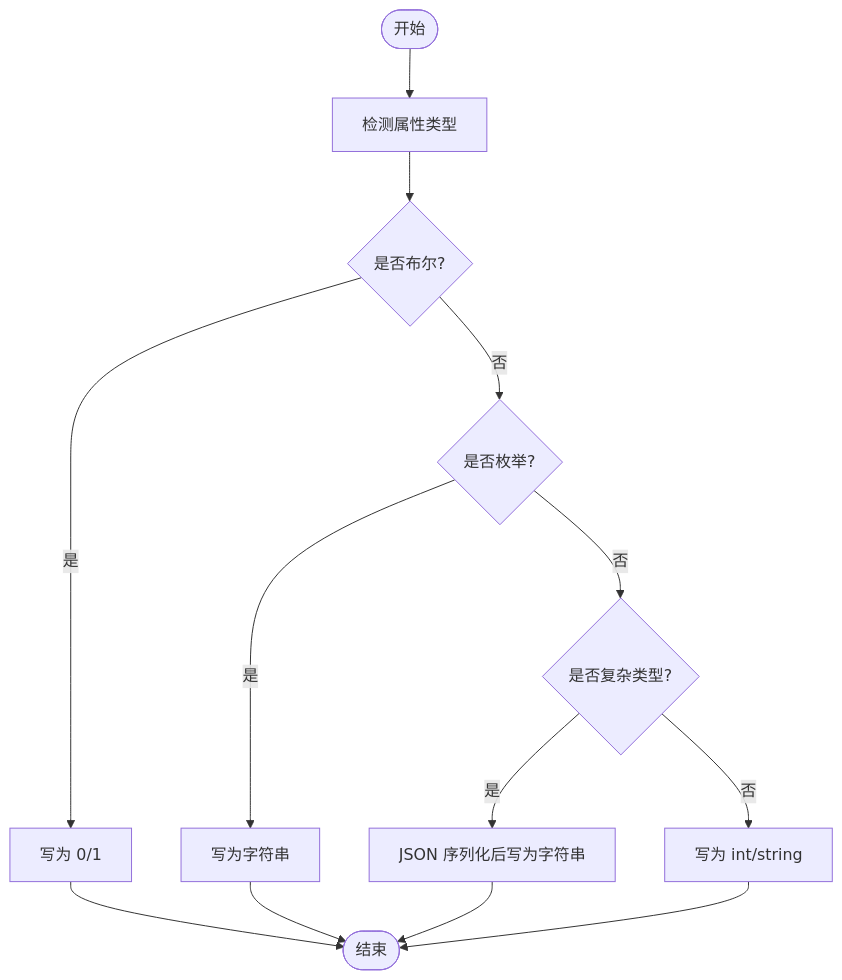
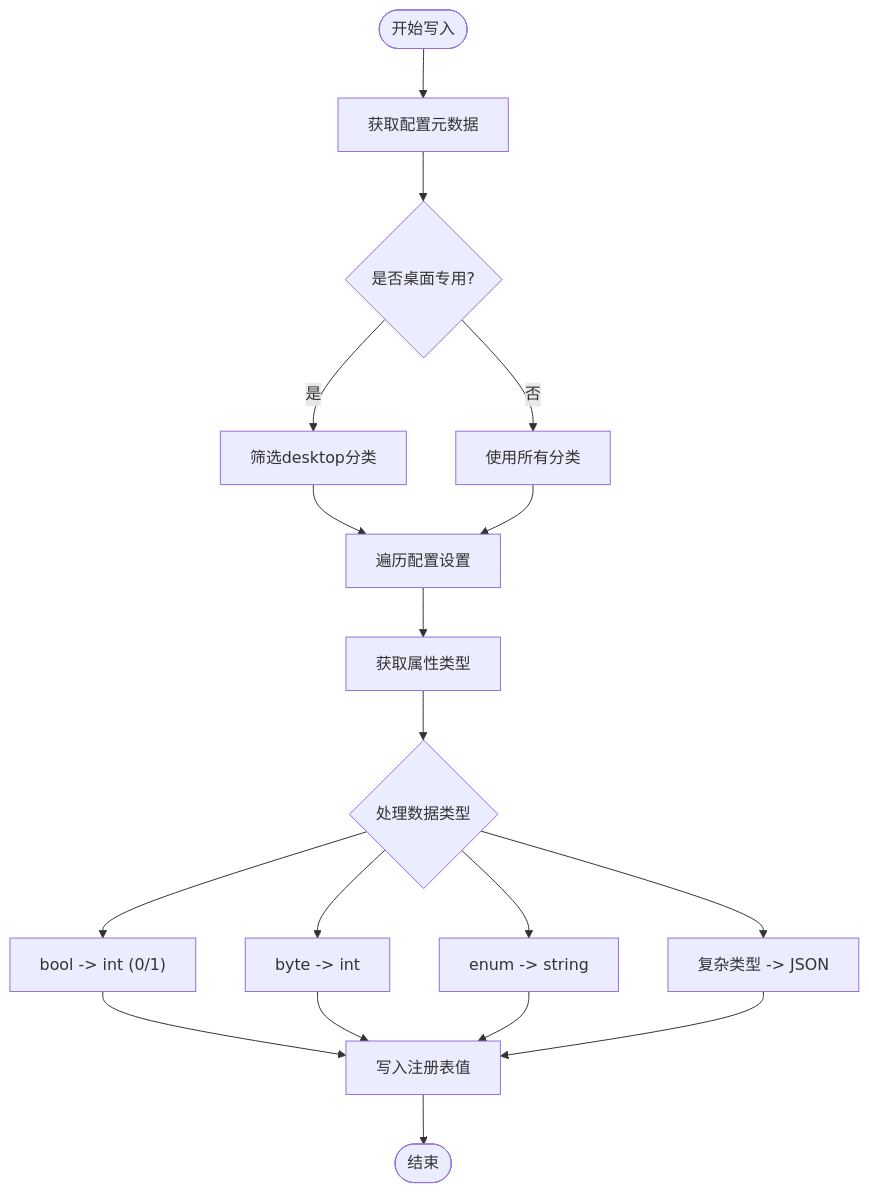
The third of 4 diagrams in .qoder/repowiki/zh/content/配置管理.md (rainiva/QTTabBar-Next), drawn with Mermaid before and after one commit. The commit also changed other lines of this file and 415 other files, not shown here.

````diff
--- a/.qoder/repowiki/zh/content/配置管理.md
+++ b/.qoder/repowiki/zh/content/配置管理.md
@@ -379,15 +257,20 @@
 ```mermaid
 flowchart TD
-Start(["开始"]) --> DetectType["检测属性类型"]
-DetectType --> IsBool{"是否布尔?"}
-IsBool --> |是| WriteBool["写为 0/1"]
-IsBool --> |否| IsEnum{"是否枚举?"}
-IsEnum --> |是| WriteEnum["写为字符串"]
-IsEnum --> |否| IsComplex{"是否复杂类型?"}
-IsComplex --> |是| JsonSer["JSON 序列化后写为字符串"]
-IsComplex --> |否| WriteBasic["写为 int/string"]
-WriteBool --> End(["结束"])
-WriteEnum --> End
-JsonSer --> End
-WriteBasic --> End
+Start(["开始写入"]) --> GetMeta["获取配置元数据"]
+GetMeta --> CheckScope{"是否桌面专用?"}
+CheckScope --> |是| FilterDesktop["筛选desktop分类"]
+CheckScope --> |否| UseAll["使用所有分类"]
+FilterDesktop --> IterateSettings["遍历配置设置"]
+UseAll --> IterateSettings
+IterateSettings --> GetType["获取属性类型"]
+GetType --> HandleType{"处理数据类型"}
+HandleType --> Bool["bool -> int (0/1)"]
+HandleType --> Byte["byte -> int"]
+HandleType --> Enum["enum -> string"]
+HandleType --> Complex["复杂类型 -> JSON"]
+Bool --> SetValue["写入注册表值"]
+Byte --> SetValue
+Enum --> SetValue
+Complex --> SetValue
+SetValue --> End(["结束"])
 ```
````
